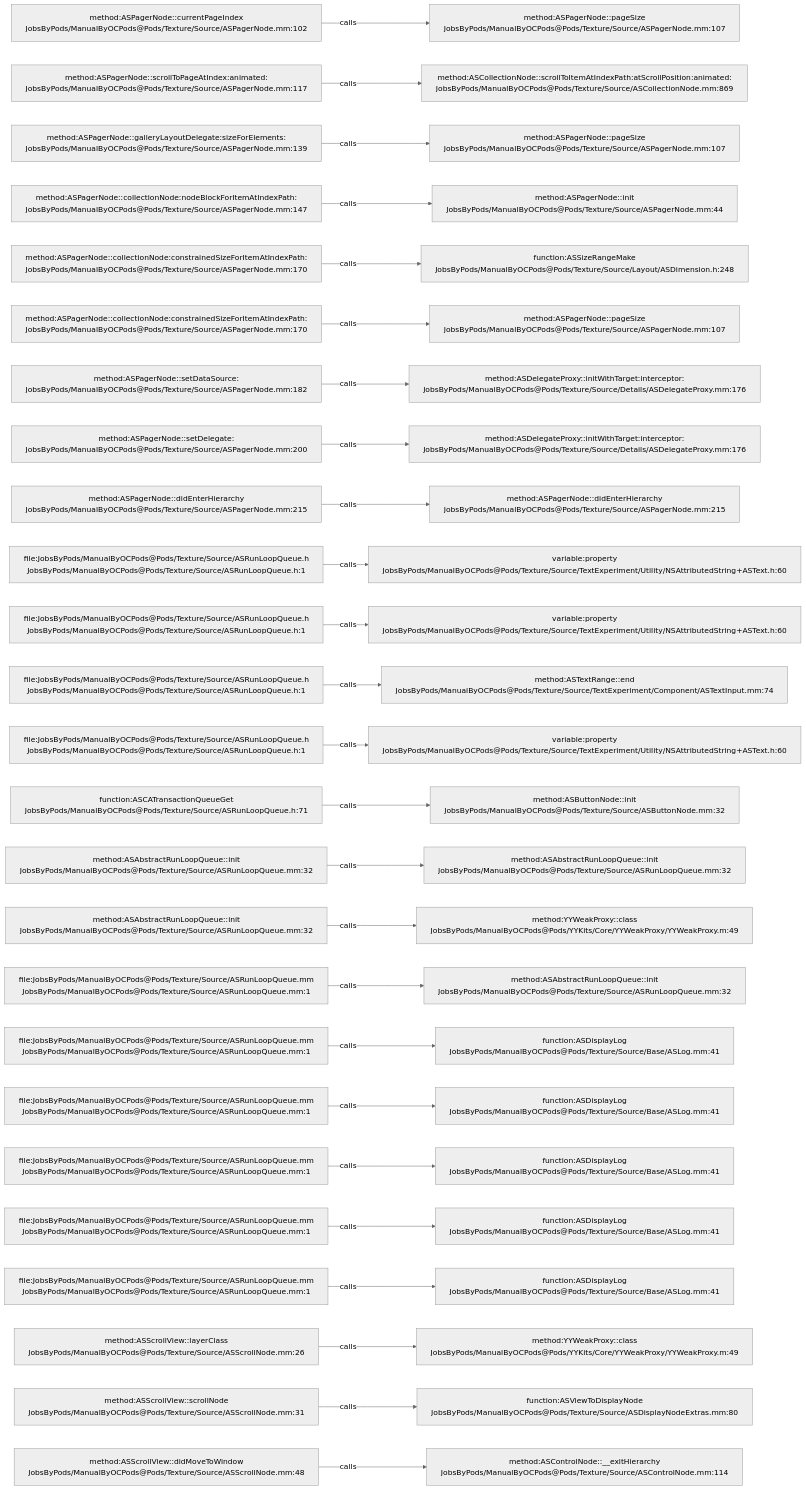
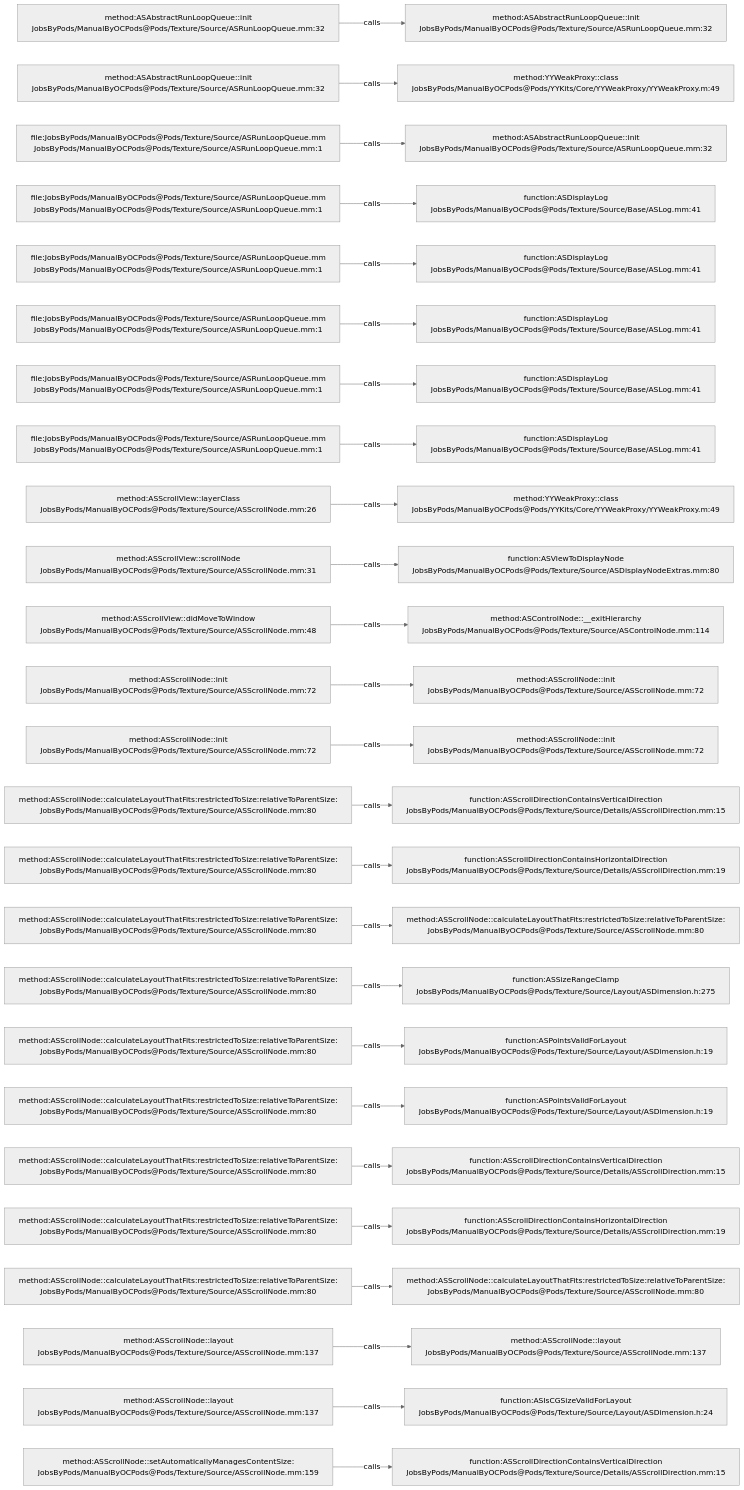
Before and after one commit to JobsKits/JobsOCBaseConfigDemo: the diagram in .codegraph/codegraph.md/graphs/calls-122.md, drawn with Mermaid (neutral theme). The commit also changed 296 other files, not shown here.

````diff
--- a/.codegraph/codegraph.md/graphs/calls-122.md
+++ b/.codegraph/codegraph.md/graphs/calls-122.md
@@ -13,78 +13,78 @@
 ```mermaid
 flowchart LR
-  S1["method:ASPagerNode::currentPageIndex<br/>JobsByPods/ManualByOCPods@Pods/Texture/Source/ASPagerNode.mm:102"]
-  T1["method:ASPagerNode::pageSize<br/>JobsByPods/ManualByOCPods@Pods/Texture/Source/ASPagerNode.mm:107"]
+  S1["method:ASAbstractRunLoopQueue::init<br/>JobsByPods/ManualByOCPods@Pods/Texture/Source/ASRunLoopQueue.mm:32"]
+  T1["method:ASAbstractRunLoopQueue::init<br/>JobsByPods/ManualByOCPods@Pods/Texture/Source/ASRunLoopQueue.mm:32"]
   S1 -->|calls| T1
-  S2["method:ASPagerNode::scrollToPageAtIndex:animated:<br/>JobsByPods/ManualByOCPods@Pods/Texture/Source/ASPagerNode.mm:117"]
-  T2["method:ASCollectionNode::scrollToItemAtIndexPath:atScrollPosition:animated:<br/>JobsByPods/ManualByOCPods@Pods/Texture/Source/ASCollectionNode.mm:869"]
+  S2["method:ASAbstractRunLoopQueue::init<br/>JobsByPods/ManualByOCPods@Pods/Texture/Source/ASRunLoopQueue.mm:32"]
+  T2["method:YYWeakProxy::class<br/>JobsByPods/ManualByOCPods@Pods/YYKits/Core/YYWeakProxy/YYWeakProxy.m:49"]
   S2 -->|calls| T2
-  S3["method:ASPagerNode::galleryLayoutDelegate:sizeForElements:<br/>JobsByPods/ManualByOCPods@Pods/Texture/Source/ASPagerNode.mm:139"]
-  T3["method:ASPagerNode::pageSize<br/>JobsByPods/ManualByOCPods@Pods/Texture/Source/ASPagerNode.mm:107"]
+  S3["file:JobsByPods/ManualByOCPods@Pods/Texture/Source/ASRunLoopQueue.mm<br/>JobsByPods/ManualByOCPods@Pods/Texture/Source/ASRunLoopQueue.mm:1"]
+  T3["method:ASAbstractRunLoopQueue::init<br/>JobsByPods/ManualByOCPods@Pods/Texture/Source/ASRunLoopQueue.mm:32"]
   S3 -->|calls| T3
-  S4["method:ASPagerNode::collectionNode:nodeBlockForItemAtIndexPath:<br/>JobsByPods/ManualByOCPods@Pods/Texture/Source/ASPagerNode.mm:147"]
-  T4["method:ASPagerNode::init<br/>JobsByPods/ManualByOCPods@Pods/Texture/Source/ASPagerNode.mm:44"]
+  S4["file:JobsByPods/ManualByOCPods@Pods/Texture/Source/ASRunLoopQueue.mm<br/>JobsByPods/ManualByOCPods@Pods/Texture/Source/ASRunLoopQueue.mm:1"]
+  T4["function:ASDisplayLog<br/>JobsByPods/ManualByOCPods@Pods/Texture/Source/Base/ASLog.mm:41"]
   S4 -->|calls| T4
-  S5["method:ASPagerNode::collectionNode:constrainedSizeForItemAtIndexPath:<br/>JobsByPods/ManualByOCPods@Pods/Texture/Source/ASPagerNode.mm:170"]
-  T5["function:ASSizeRangeMake<br/>JobsByPods/ManualByOCPods@Pods/Texture/Source/Layout/ASDimension.h:248"]
+  S5["file:JobsByPods/ManualByOCPods@Pods/Texture/Source/ASRunLoopQueue.mm<br/>JobsByPods/ManualByOCPods@Pods/Texture/Source/ASRunLoopQueue.mm:1"]
+  T5["function:ASDisplayLog<br/>JobsByPods/ManualByOCPods@Pods/Texture/Source/Base/ASLog.mm:41"]
   S5 -->|calls| T5
-  S6["method:ASPagerNode::collectionNode:constrainedSizeForItemAtIndexPath:<br/>JobsByPods/ManualByOCPods@Pods/Texture/Source/ASPagerNode.mm:170"]
-  T6["method:ASPagerNode::pageSize<br/>JobsByPods/ManualByOCPods@Pods/Texture/Source/ASPagerNode.mm:107"]
+  S6["file:JobsByPods/ManualByOCPods@Pods/Texture/Source/ASRunLoopQueue.mm<br/>JobsByPods/ManualByOCPods@Pods/Texture/Source/ASRunLoopQueue.mm:1"]
+  T6["function:ASDisplayLog<br/>JobsByPods/ManualByOCPods@Pods/Texture/Source/Base/ASLog.mm:41"]
   S6 -->|calls| T6
-  S7["method:ASPagerNode::setDataSource:<br/>JobsByPods/ManualByOCPods@Pods/Texture/Source/ASPagerNode.mm:182"]
-  T7["method:ASDelegateProxy::initWithTarget:interceptor:<br/>JobsByPods/ManualByOCPods@Pods/Texture/Source/Details/ASDelegateProxy.mm:176"]
+  S7["file:JobsByPods/ManualByOCPods@Pods/Texture/Source/ASRunLoopQueue.mm<br/>JobsByPods/ManualByOCPods@Pods/Texture/Source/ASRunLoopQueue.mm:1"]
+  T7["function:ASDisplayLog<br/>JobsByPods/ManualByOCPods@Pods/Texture/Source/Base/ASLog.mm:41"]
   S7 -->|calls| T7
-  S8["method:ASPagerNode::setDelegate:<br/>JobsByPods/ManualByOCPods@Pods/Texture/Source/ASPagerNode.mm:200"]
-  T8["method:ASDelegateProxy::initWithTarget:interceptor:<br/>JobsByPods/ManualByOCPods@Pods/Texture/Source/Details/ASDelegateProxy.mm:176"]
+  S8["file:JobsByPods/ManualByOCPods@Pods/Texture/Source/ASRunLoopQueue.mm<br/>JobsByPods/ManualByOCPods@Pods/Texture/Source/ASRunLoopQueue.mm:1"]
+  T8["function:ASDisplayLog<br/>JobsByPods/ManualByOCPods@Pods/Texture/Source/Base/ASLog.mm:41"]
   S8 -->|calls| T8
-  S9["method:ASPagerNode::didEnterHierarchy<br/>JobsByPods/ManualByOCPods@Pods/Texture/Source/ASPagerNode.mm:215"]
-  T9["method:ASPagerNode::didEnterHierarchy<br/>JobsByPods/ManualByOCPods@Pods/Texture/Source/ASPagerNode.mm:215"]
+  S9["method:ASScrollView::layerClass<br/>JobsByPods/ManualByOCPods@Pods/Texture/Source/ASScrollNode.mm:26"]
+  T9["method:YYWeakProxy::class<br/>JobsByPods/ManualByOCPods@Pods/YYKits/Core/YYWeakProxy/YYWeakProxy.m:49"]
   S9 -->|calls| T9
-  S10["file:JobsByPods/ManualByOCPods@Pods/Texture/Source/ASRunLoopQueue.h<br/>JobsByPods/ManualByOCPods@Pods/Texture/Source/ASRunLoopQueue.h:1"]
-  T10["variable:property<br/>JobsByPods/ManualByOCPods@Pods/Texture/Source/TextExperiment/Utility/NSAttributedString+ASText.h:60"]
+  S10["method:ASScrollView::scrollNode<br/>JobsByPods/ManualByOCPods@Pods/Texture/Source/ASScrollNode.mm:31"]
+  T10["function:ASViewToDisplayNode<br/>JobsByPods/ManualByOCPods@Pods/Texture/Source/ASDisplayNodeExtras.mm:80"]
   S10 -->|calls| T10
-  S11["file:JobsByPods/ManualByOCPods@Pods/Texture/Source/ASRunLoopQueue.h<br/>JobsByPods/ManualByOCPods@Pods/Texture/Source/ASRunLoopQueue.h:1"]
-  T11["variable:property<br/>JobsByPods/ManualByOCPods@Pods/Texture/Source/TextExperiment/Utility/NSAttributedString+ASText.h:60"]
+  S11["method:ASScrollView::didMoveToWindow<br/>JobsByPods/ManualByOCPods@Pods/Texture/Source/ASScrollNode.mm:48"]
+  T11["method:ASControlNode::__exitHierarchy<br/>JobsByPods/ManualByOCPods@Pods/Texture/Source/ASControlNode.mm:114"]
   S11 -->|calls| T11
-  S12["file:JobsByPods/ManualByOCPods@Pods/Texture/Source/ASRunLoopQueue.h<br/>JobsByPods/ManualByOCPods@Pods/Texture/Source/ASRunLoopQueue.h:1"]
-  T12["method:ASTextRange::end<br/>JobsByPods/ManualByOCPods@Pods/Texture/Source/TextExperiment/Component/ASTextInput.mm:74"]
+  S12["method:ASScrollNode::init<br/>JobsByPods/ManualByOCPods@Pods/Texture/Source/ASScrollNode.mm:72"]
+  T12["method:ASScrollNode::init<br/>JobsByPods/ManualByOCPods@Pods/Texture/Source/ASScrollNode.mm:72"]
   S12 -->|calls| T12
-  S13["file:JobsByPods/ManualByOCPods@Pods/Texture/Source/ASRunLoopQueue.h<br/>JobsByPods/ManualByOCPods@Pods/Texture/Source/ASRunLoopQueue.h:1"]
-  T13["variable:property<br/>JobsByPods/ManualByOCPods@Pods/Texture/Source/TextExperiment/Utility/NSAttributedString+ASText.h:60"]
+  S13["method:ASScrollNode::init<br/>JobsByPods/ManualByOCPods@Pods/Texture/Source/ASScrollNode.mm:72"]
+  T13["method:ASScrollNode::init<br/>JobsByPods/ManualByOCPods@Pods/Texture/Source/ASScrollNode.mm:72"]
   S13 -->|calls| T13
-  S14["function:ASCATransactionQueueGet<br/>JobsByPods/ManualByOCPods@Pods/Texture/Source/ASRunLoopQueue.h:71"]
-  T14["method:ASButtonNode::init<br/>JobsByPods/ManualByOCPods@Pods/Texture/Source/ASButtonNode.mm:32"]
+  S14["method:ASScrollNode::calculateLayoutThatFits:restrictedToSize:relativeToParentSize:<br/>JobsByPods/ManualByOCPods@Pods/Texture/Source/ASScrollNode.mm:80"]
+  T14["function:ASScrollDirectionContainsVerticalDirection<br/>JobsByPods/ManualByOCPods@Pods/Texture/Source/Details/ASScrollDirection.mm:15"]
   S14 -->|calls| T14
-  S15["method:ASAbstractRunLoopQueue::init<br/>JobsByPods/ManualByOCPods@Pods/Texture/Source/ASRunLoopQueue.mm:32"]
-  T15["method:ASAbstractRunLoopQueue::init<br/>JobsByPods/ManualByOCPods@Pods/Texture/Source/ASRunLoopQueue.mm:32"]
+  S15["method:ASScrollNode::calculateLayoutThatFits:restrictedToSize:relativeToParentSize:<br/>JobsByPods/ManualByOCPods@Pods/Texture/Source/ASScrollNode.mm:80"]
+  T15["function:ASScrollDirectionContainsHorizontalDirection<br/>JobsByPods/ManualByOCPods@Pods/Texture/Source/Details/ASScrollDirection.mm:19"]
   S15 -->|calls| T15
-  S16["method:ASAbstractRunLoopQueue::init<br/>JobsByPods/ManualByOCPods@Pods/Texture/Source/ASRunLoopQueue.mm:32"]
-  T16["method:YYWeakProxy::class<br/>JobsByPods/ManualByOCPods@Pods/YYKits/Core/YYWeakProxy/YYWeakProxy.m:49"]
+  S16["method:ASScrollNode::calculateLayoutThatFits:restrictedToSize:relativeToParentSize:<br/>JobsByPods/ManualByOCPods@Pods/Texture/Source/ASScrollNode.mm:80"]
+  T16["method:ASScrollNode::calculateLayoutThatFits:restrictedToSize:relativeToParentSize:<br/>JobsByPods/ManualByOCPods@Pods/Texture/Source/ASScrollNode.mm:80"]
   S16 -->|calls| T16
-  S17["file:JobsByPods/ManualByOCPods@Pods/Texture/Source/ASRunLoopQueue.mm<br/>JobsByPods/ManualByOCPods@Pods/Texture/Source/ASRunLoopQueue.mm:1"]
-  T17["method:ASAbstractRunLoopQueue::init<br/>JobsByPods/ManualByOCPods@Pods/Texture/Source/ASRunLoopQueue.mm:32"]
+  S17["method:ASScrollNode::calculateLayoutThatFits:restrictedToSize:relativeToParentSize:<br/>JobsByPods/ManualByOCPods@Pods/Texture/Source/ASScrollNode.mm:80"]
+  T17["function:ASSizeRangeClamp<br/>JobsByPods/ManualByOCPods@Pods/Texture/Source/Layout/ASDimension.h:275"]
   S17 -->|calls| T17
-  S18["file:JobsByPods/ManualByOCPods@Pods/Texture/Source/ASRunLoopQueue.mm<br/>JobsByPods/ManualByOCPods@Pods/Texture/Source/ASRunLoopQueue.mm:1"]
-  T18["function:ASDisplayLog<br/>JobsByPods/ManualByOCPods@Pods/Texture/Source/Base/ASLog.mm:41"]
+  S18["method:ASScrollNode::calculateLayoutThatFits:restrictedToSize:relativeToParentSize:<br/>JobsByPods/ManualByOCPods@Pods/Texture/Source/ASScrollNode.mm:80"]
+  T18["function:ASPointsValidForLayout<br/>JobsByPods/ManualByOCPods@Pods/Texture/Source/Layout/ASDimension.h:19"]
   S18 -->|calls| T18
-  S19["file:JobsByPods/ManualByOCPods@Pods/Texture/Source/ASRunLoopQueue.mm<br/>JobsByPods/ManualByOCPods@Pods/Texture/Source/ASRunLoopQueue.mm:1"]
-  T19["function:ASDisplayLog<br/>JobsByPods/ManualByOCPods@Pods/Texture/Source/Base/ASLog.mm:41"]
+  S19["method:ASScrollNode::calculateLayoutThatFits:restrictedToSize:relativeToParentSize:<br/>JobsByPods/ManualByOCPods@Pods/Texture/Source/ASScrollNode.mm:80"]
+  T19["function:ASPointsValidForLayout<br/>JobsByPods/ManualByOCPods@Pods/Texture/Source/Layout/ASDimension.h:19"]
   S19 -->|calls| T19
-  S20["file:JobsByPods/ManualByOCPods@Pods/Texture/Source/ASRunLoopQueue.mm<br/>JobsByPods/ManualByOCPods@Pods/Texture/Source/ASRunLoopQueue.mm:1"]
-  T20["function:ASDisplayLog<br/>JobsByPods/ManualByOCPods@Pods/Texture/Source/Base/ASLog.mm:41"]
+  S20["method:ASScrollNode::calculateLayoutThatFits:restrictedToSize:relativeToParentSize:<br/>JobsByPods/ManualByOCPods@Pods/Texture/Source/ASScrollNode.mm:80"]
+  T20["function:ASScrollDirectionContainsVerticalDirection<br/>JobsByPods/ManualByOCPods@Pods/Texture/Source/Details/ASScrollDirection.mm:15"]
   S20 -->|calls| T20
-  S21["file:JobsByPods/ManualByOCPods@Pods/Texture/Source/ASRunLoopQueue.mm<br/>JobsByPods/ManualByOCPods@Pods/Texture/Source/ASRunLoopQueue.mm:1"]
-  T21["function:ASDisplayLog<br/>JobsByPods/ManualByOCPods@Pods/Texture/Source/Base/ASLog.mm:41"]
+  S21["method:ASScrollNode::calculateLayoutThatFits:restrictedToSize:relativeToParentSize:<br/>JobsByPods/ManualByOCPods@Pods/Texture/Source/ASScrollNode.mm:80"]
+  T21["function:ASScrollDirectionContainsHorizontalDirection<br/>JobsByPods/ManualByOCPods@Pods/Texture/Source/Details/ASScrollDirection.mm:19"]
   S21 -->|calls| T21
-  S22["file:JobsByPods/ManualByOCPods@Pods/Texture/Source/ASRunLoopQueue.mm<br/>JobsByPods/ManualByOCPods@Pods/Texture/Source/ASRunLoopQueue.mm:1"]
-  T22["function:ASDisplayLog<br/>JobsByPods/ManualByOCPods@Pods/Texture/Source/Base/ASLog.mm:41"]
+  S22["method:ASScrollNode::calculateLayoutThatFits:restrictedToSize:relativeToParentSize:<br/>JobsByPods/ManualByOCPods@Pods/Texture/Source/ASScrollNode.mm:80"]
+  T22["method:ASScrollNode::calculateLayoutThatFits:restrictedToSize:relativeToParentSize:<br/>JobsByPods/ManualByOCPods@Pods/Texture/Source/ASScrollNode.mm:80"]
   S22 -->|calls| T22
-  S23["method:ASScrollView::layerClass<br/>JobsByPods/ManualByOCPods@Pods/Texture/Source/ASScrollNode.mm:26"]
-  T23["method:YYWeakProxy::class<br/>JobsByPods/ManualByOCPods@Pods/YYKits/Core/YYWeakProxy/YYWeakProxy.m:49"]
+  S23["method:ASScrollNode::layout<br/>JobsByPods/ManualByOCPods@Pods/Texture/Source/ASScrollNode.mm:137"]
+  T23["method:ASScrollNode::layout<br/>JobsByPods/ManualByOCPods@Pods/Texture/Source/ASScrollNode.mm:137"]
   S23 -->|calls| T23
-  S24["method:ASScrollView::scrollNode<br/>JobsByPods/ManualByOCPods@Pods/Texture/Source/ASScrollNode.mm:31"]
-  T24["function:ASViewToDisplayNode<br/>JobsByPods/ManualByOCPods@Pods/Texture/Source/ASDisplayNodeExtras.mm:80"]
+  S24["method:ASScrollNode::layout<br/>JobsByPods/ManualByOCPods@Pods/Texture/Source/ASScrollNode.mm:137"]
+  T24["function:ASIsCGSizeValidForLayout<br/>JobsByPods/ManualByOCPods@Pods/Texture/Source/Layout/ASDimension.h:24"]
   S24 -->|calls| T24
-  S25["method:ASScrollView::didMoveToWindow<br/>JobsByPods/ManualByOCPods@Pods/Texture/Source/ASScrollNode.mm:48"]
-  T25["method:ASControlNode::__exitHierarchy<br/>JobsByPods/ManualByOCPods@Pods/Texture/Source/ASControlNode.mm:114"]
+  S25["method:ASScrollNode::setAutomaticallyManagesContentSize:<br/>JobsByPods/ManualByOCPods@Pods/Texture/Source/ASScrollNode.mm:159"]
+  T25["function:ASScrollDirectionContainsVerticalDirection<br/>JobsByPods/ManualByOCPods@Pods/Texture/Source/Details/ASScrollDirection.mm:15"]
   S25 -->|calls| T25
 ```
````
